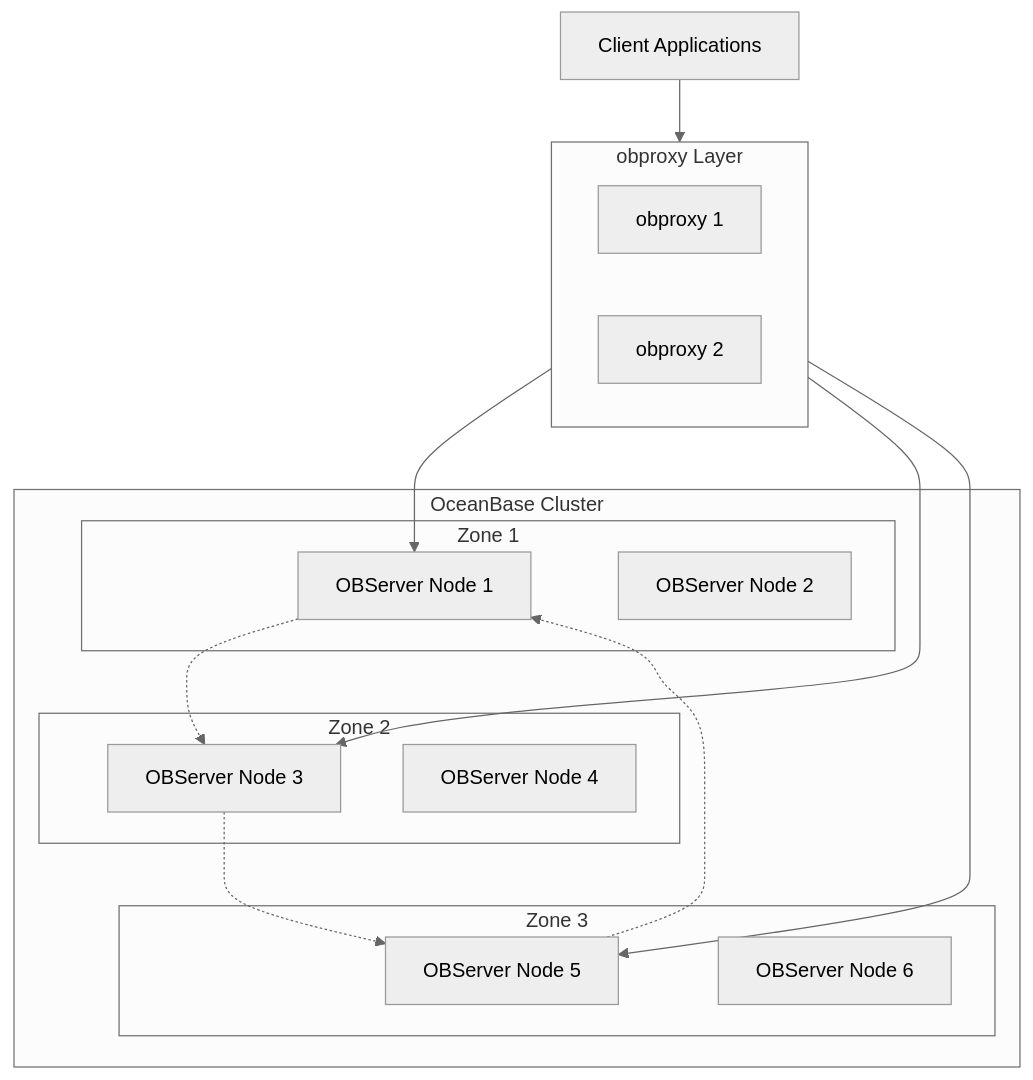
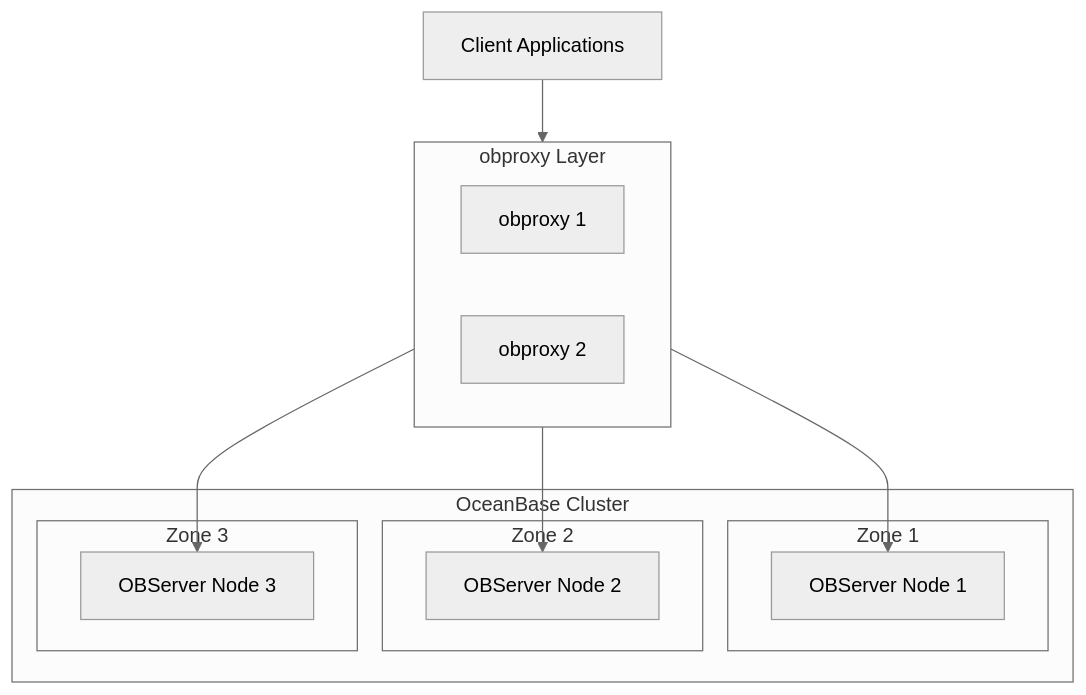
Before and after one commit to jackysp/blog: the first of 8 diagrams in content/posts/2026-01-17-oceanbase-internals-transaction-replay-sql-unit-placement.md, drawn with Mermaid (neutral theme).

Commit message:
Publish: OceanBase Internals: Transactions, Replay, SQL Engine, and Unit Placement

````diff
--- a/content/posts/2026-01-17-oceanbase-internals-transaction-replay-sql-unit-placement.md
+++ b/content/posts/2026-01-17-oceanbase-internals-transaction-replay-sql-unit-placement.md
@@ -27,31 +27,24 @@
 ```mermaid
 graph TB
     subgraph Cluster["OceanBase Cluster"]
         subgraph Z1["Zone 1"]
             N1["OBServer Node 1"]
+        end
+        subgraph Z2["Zone 2"]
             N2["OBServer Node 2"]
         end
-        subgraph Z2["Zone 2"]
+        subgraph Z3["Zone 3"]
             N3["OBServer Node 3"]
-            N4["OBServer Node 4"]
-        end
-        subgraph Z3["Zone 3"]
-            N5["OBServer Node 5"]
-            N6["OBServer Node 6"]
         end
     end
     
     subgraph Proxy["obproxy Layer"]
         P1["obproxy 1"]
         P2["obproxy 2"]
     end
     
     Client["Client Applications"] --> Proxy
     Proxy --> N1
+    Proxy --> N2
     Proxy --> N3
-    Proxy --> N5
-    
-    N1 -.-> N3
-    N3 -.-> N5
-    N5 -.-> N1
 ```
````
